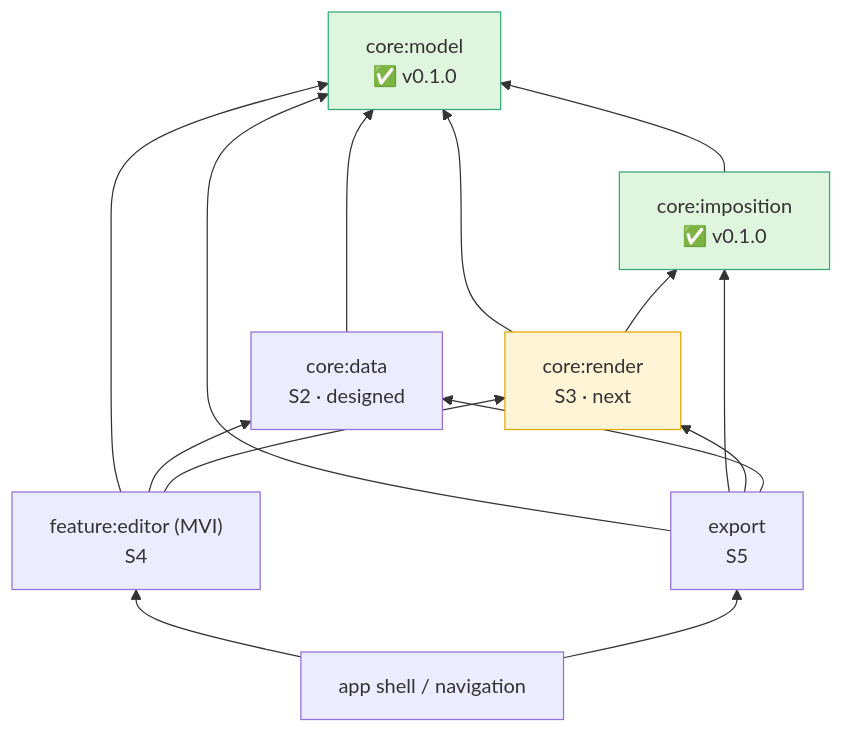
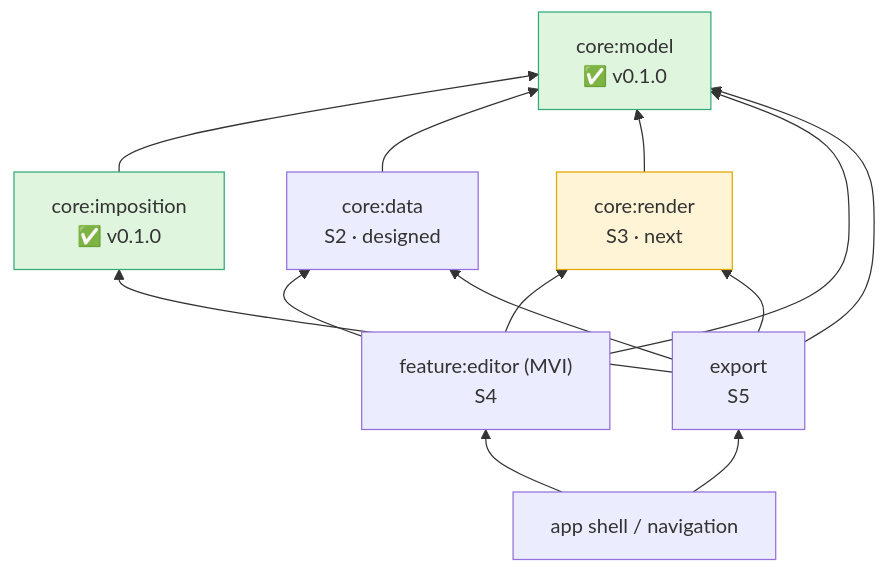
One commit to aritr-codes/zinely-android changed the ninth of 10 diagrams in docs/ARCHITECTURE.md. Above: the diagram before and after it, drawn with Mermaid. The commit also changed other lines of this file, not shown here.

First line of the commit message:
docs(arch): fix render dependency in subsystem map (render is model-only)

````diff
--- a/docs/ARCHITECTURE.md
+++ b/docs/ARCHITECTURE.md
@@ -348,29 +348,28 @@
 ```mermaid
 flowchart BT
     model["core:model<br/>✅ v0.1.0"]
     imp["core:imposition<br/>✅ v0.1.0"]
     data["core:data<br/>S2 · designed"]
     render["core:render<br/>S3 · next"]
     editor["feature:editor (MVI)<br/>S4"]
     export["export<br/>S5"]
     app["app shell / navigation"]
 
     imp --> model
     data --> model
     render --> model
-    render --> imp
     editor --> model
     editor --> data
     editor --> render
     export --> model
     export --> imp
     export --> render
     export --> data
     app --> editor
     app --> export
 
     classDef done fill:#dff5dd,stroke:#3a7;
     classDef next fill:#fff4d6,stroke:#e0a800;
     class model,imp done;
     class render next;
 ```
````
